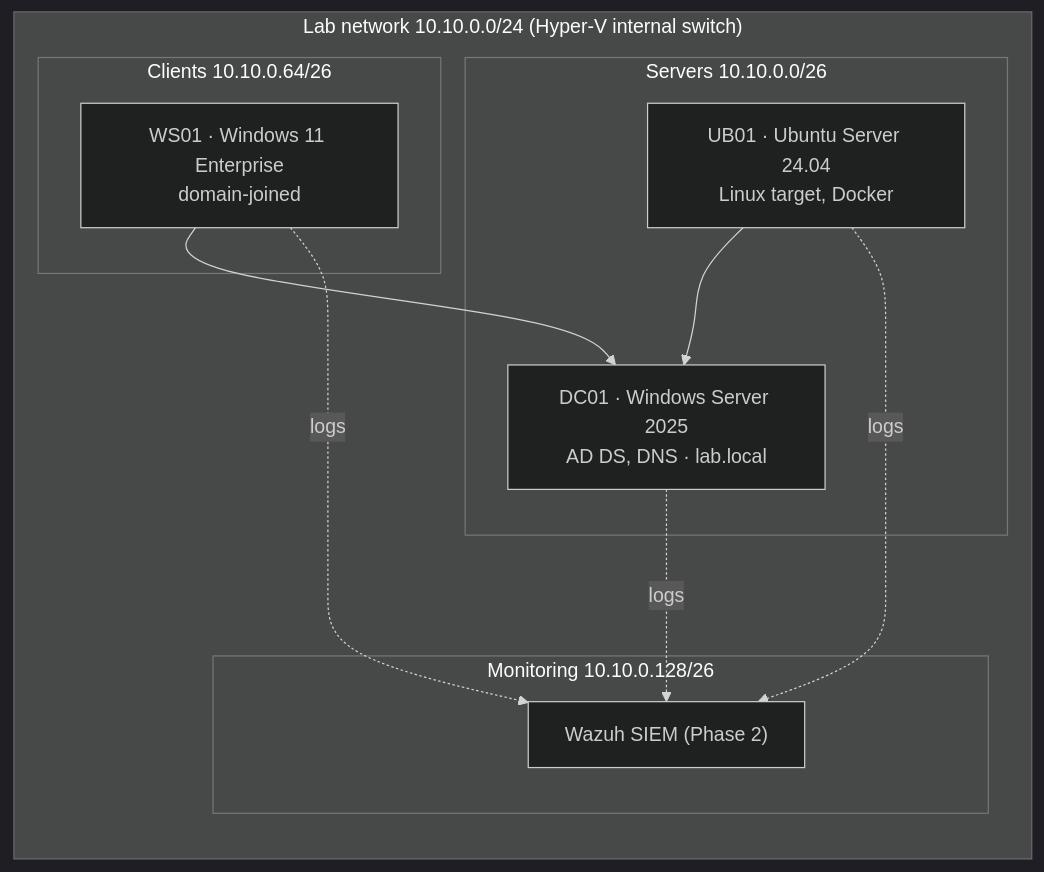
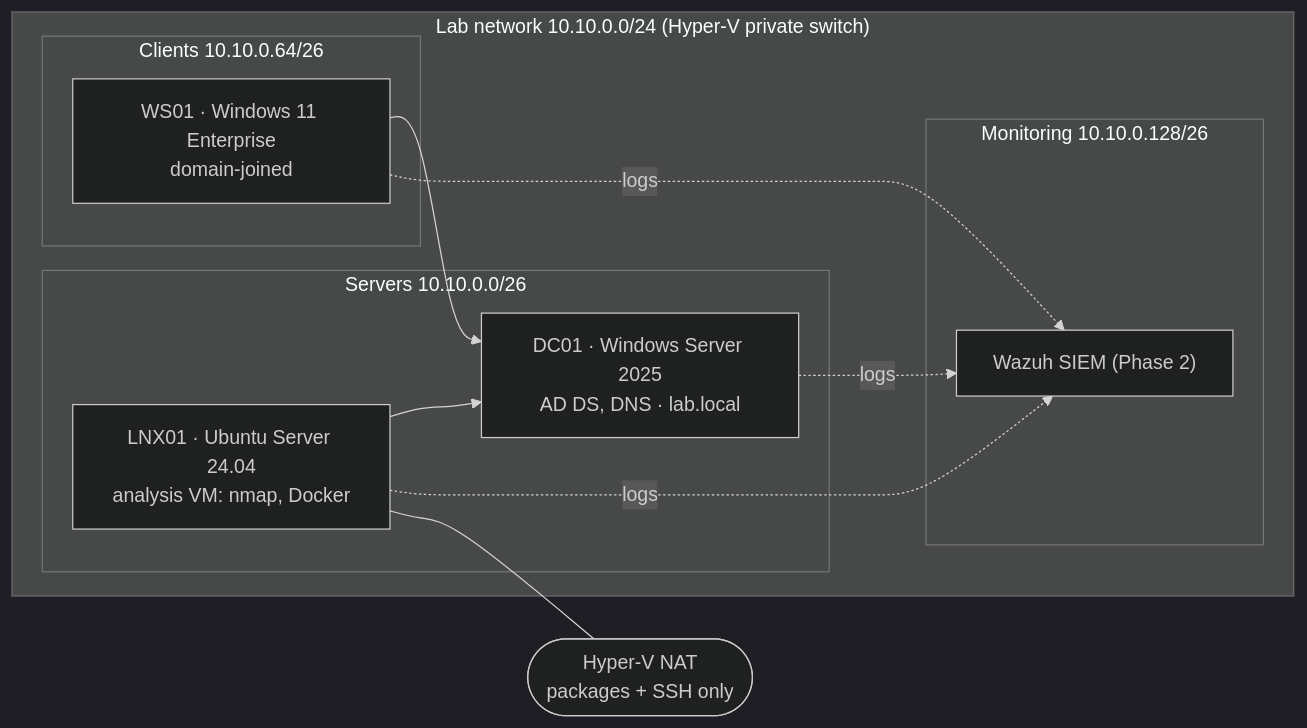
The diagram in README.md (angelmisael-sec/security-homelab), drawn with Mermaid (dark theme) before and after one commit. The commit also changed other lines of this file and 6 other files, not shown here.

First line of the commit message:
Week 09: Ubuntu analysis VM + Nmap attack-surface review

````diff
--- a/README.md
+++ b/README.md
@@ -9,20 +9,22 @@
 ```mermaid
 flowchart LR
-  subgraph LAB["Lab network 10.10.0.0/24 (Hyper-V internal switch)"]
+  NAT(["Hyper-V NAT<br/>packages + SSH only"])
+  subgraph LAB["Lab network 10.10.0.0/24 (Hyper-V private switch)"]
     subgraph SRV["Servers 10.10.0.0/26"]
       DC["DC01 · Windows Server 2025<br/>AD DS, DNS · lab.local"]
-      UB["UB01 · Ubuntu Server 24.04<br/>Linux target, Docker"]
+      UB["LNX01 · Ubuntu Server 24.04<br/>analysis VM: nmap, Docker"]
     end
     subgraph CLI["Clients 10.10.0.64/26"]
       W11["WS01 · Windows 11 Enterprise<br/>domain-joined"]
     end
     subgraph SOC["Monitoring 10.10.0.128/26"]
       SIEM["Wazuh SIEM (Phase 2)"]
     end
   end
   W11 --> DC
   UB --> DC
   DC -. logs .-> SIEM
   W11 -. logs .-> SIEM
   UB -. logs .-> SIEM
+  UB --- NAT
 ```
````
